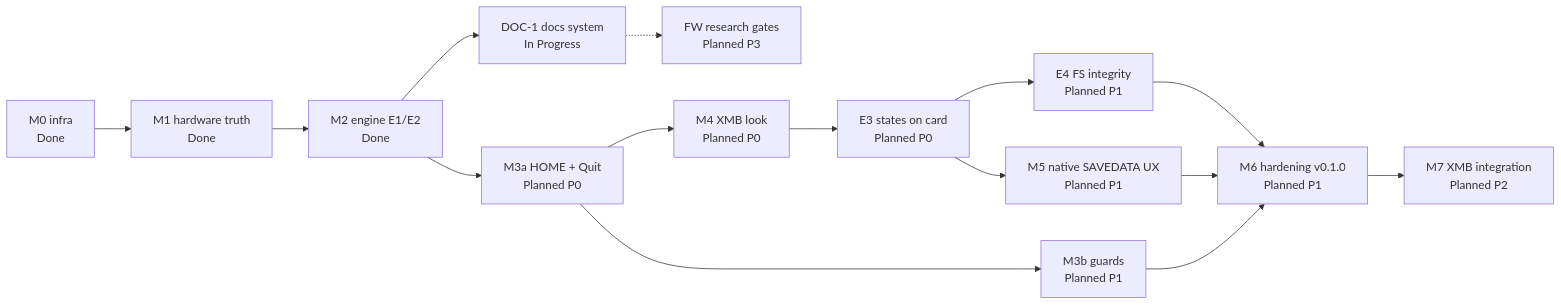
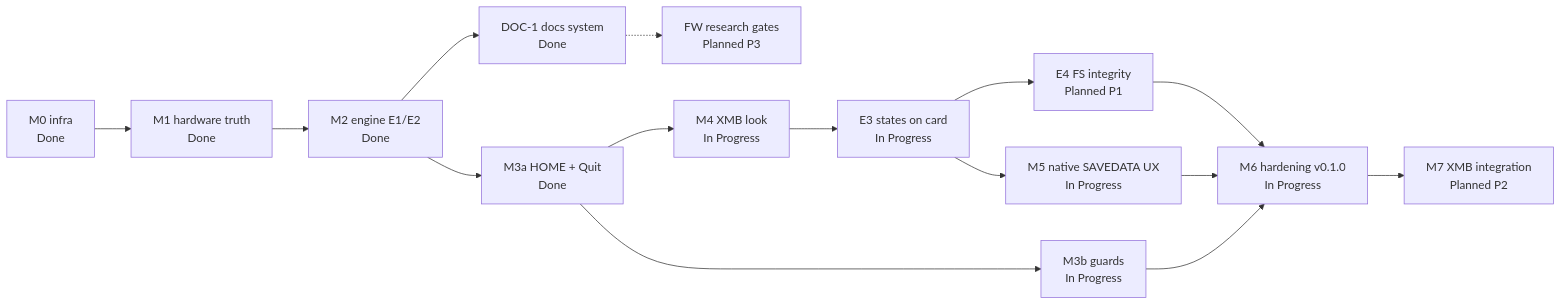
Before and after one commit to semiloker/pocketwatch: the diagram in docs/roadmap.md, drawn with Mermaid. The commit also changed other lines of this file and 51 other files, not shown here.

````diff
--- a/docs/roadmap.md
+++ b/docs/roadmap.md
@@ -21,16 +21,16 @@
 ```mermaid
 flowchart LR
     M0["M0 infra<br/>Done"] --> M1["M1 hardware truth<br/>Done"] --> M2["M2 engine E1/E2<br/>Done"]
-    M2 --> DOC1["DOC-1 docs system<br/>In Progress"]
-    M2 --> M3A["M3a HOME + Quit<br/>Planned P0"]
-    M3A --> M4["M4 XMB look<br/>Planned P0"]
-    M4 --> E3["E3 states on card<br/>Planned P0"]
+    M2 --> DOC1["DOC-1 docs system<br/>Done"]
+    M2 --> M3A["M3a HOME + Quit<br/>Done"]
+    M3A --> M4["M4 XMB look<br/>In Progress"]
+    M4 --> E3["E3 states on card<br/>In Progress"]
     E3 --> E4["E4 FS integrity<br/>Planned P1"]
-    E3 --> M5["M5 native SAVEDATA UX<br/>Planned P1"]
-    M3A --> M3B["M3b guards<br/>Planned P1"]
-    E4 --> M6["M6 hardening v0.1.0<br/>Planned P1"]
+    E3 --> M5["M5 native SAVEDATA UX<br/>In Progress"]
+    M3A --> M3B["M3b guards<br/>In Progress"]
+    E4 --> M6["M6 hardening v0.1.0<br/>In Progress"]
     M5 --> M6
     M3B --> M6
     M6 --> M7["M7 XMB integration<br/>Planned P2"]
     DOC1 -.-> FW["FW research gates<br/>Planned P3"]
 ```
````
